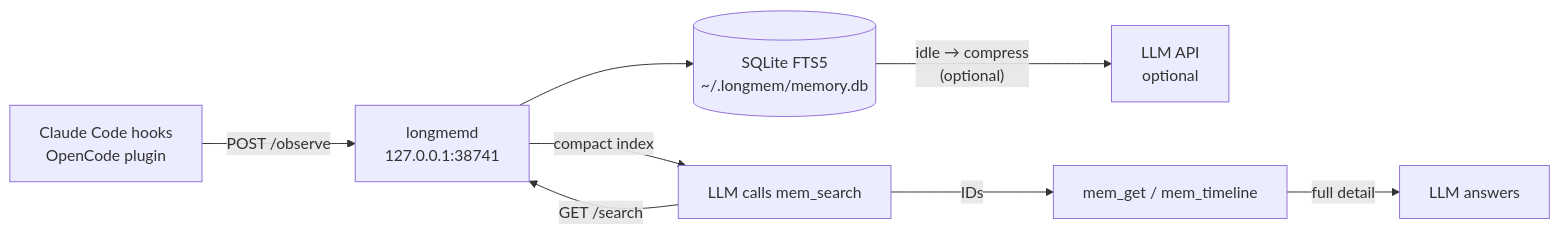
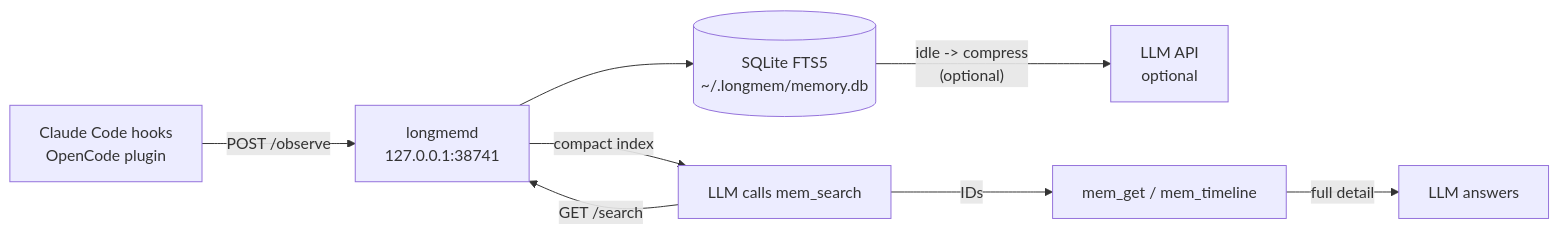
One commit to clouitreee/LongMem changed the diagram in README.md. Above: the diagram before and after it, drawn with Mermaid. The commit also changed other lines of this file and 7 other files, not shown here.

First line of the commit message:
feat: auto-detection, permission flow, safe config merge, daemon service

````diff
--- a/README.md
+++ b/README.md
@@ -163,10 +141,10 @@
 ```mermaid
 flowchart LR
     A["Claude Code hooks\nOpenCode plugin"] -->|"POST /observe"| B["longmemd\n127.0.0.1:38741"]
     B --> C[("SQLite FTS5\n~/.longmem/memory.db")]
-    C -->|"idle → compress\n(optional)"| D["LLM API\noptional"]
+    C -->|"idle -> compress\n(optional)"| D["LLM API\noptional"]
     E["LLM calls mem_search"] -->|"GET /search"| B
     B -->|"compact index"| E
     E -->|"IDs"| F["mem_get / mem_timeline"]
     F -->|"full detail"| G["LLM answers"]
 ```
````
